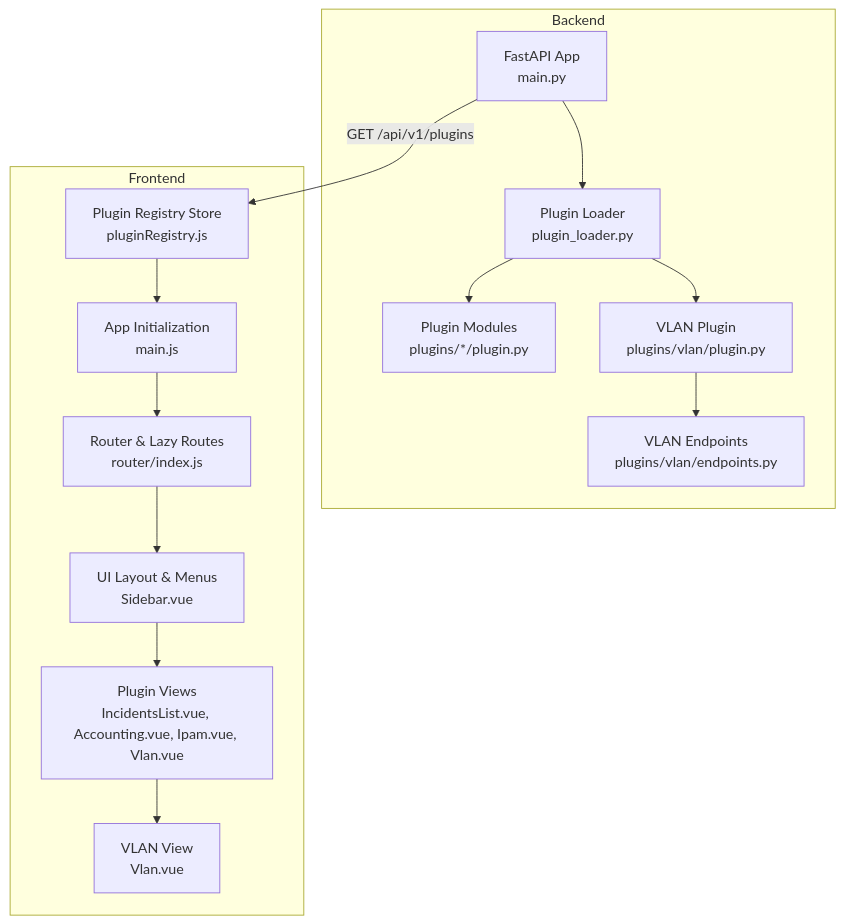
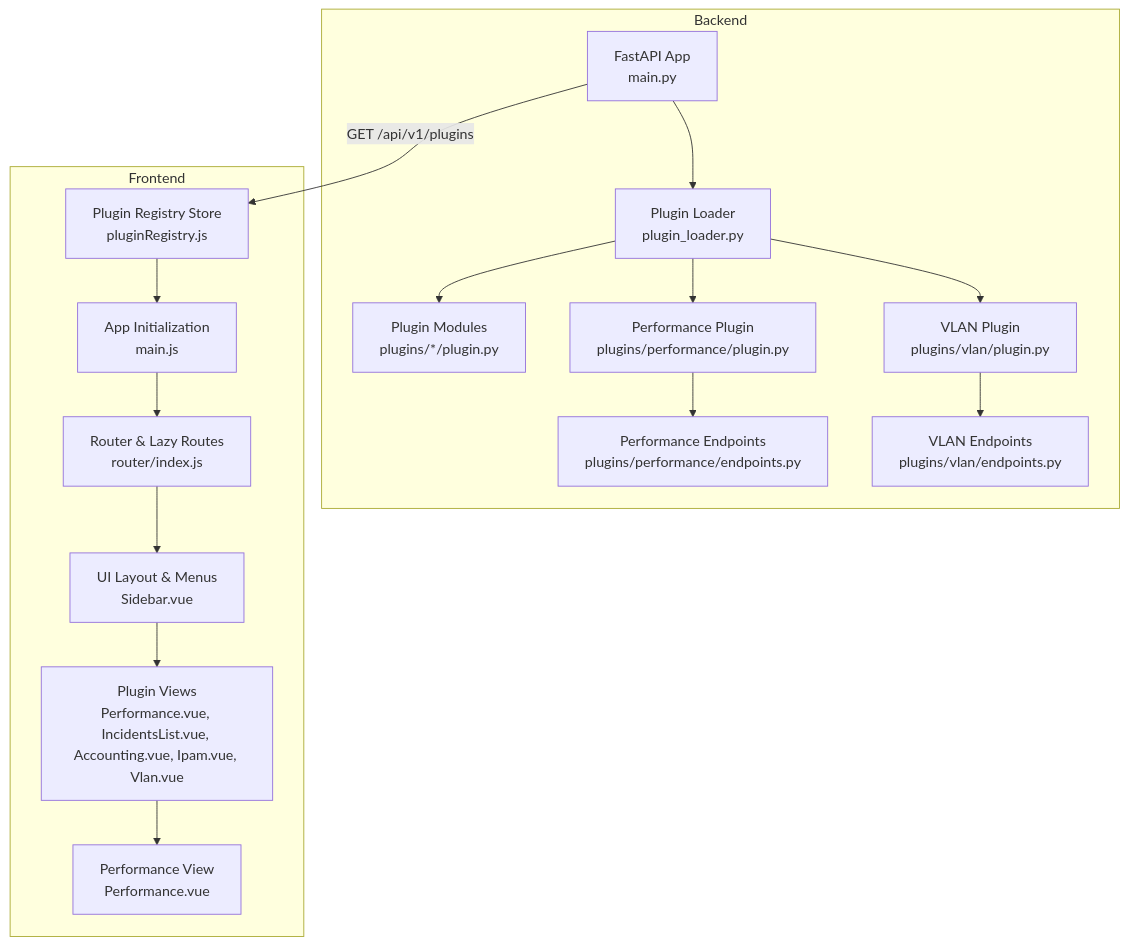
The first of 11 diagrams in .qoder/repowiki/en/content/Plugin System Architecture/Frontend Plugin Integration.md (Nikita5543/New-SSO-02), drawn with Mermaid before and after one commit. The commit also changed other lines of this file and 3 other files, not shown here.

````diff
--- a/.qoder/repowiki/en/content/Plugin System Architecture/Frontend Plugin Integration.md
+++ b/.qoder/repowiki/en/content/Plugin System Architecture/Frontend Plugin Integration.md
@@ -58,28 +61,32 @@
 ```mermaid
 graph TB
 subgraph "Backend"
 A["FastAPI App<br/>main.py"]
 B["Plugin Loader<br/>plugin_loader.py"]
 C["Plugin Modules<br/>plugins/*/plugin.py"]
-D["VLAN Plugin<br/>plugins/vlan/plugin.py"]
-E["VLAN Endpoints<br/>plugins/vlan/endpoints.py"]
+D["Performance Plugin<br/>plugins/performance/plugin.py"]
+E["Performance Endpoints<br/>plugins/performance/endpoints.py"]
+F["VLAN Plugin<br/>plugins/vlan/plugin.py"]
+G["VLAN Endpoints<br/>plugins/vlan/endpoints.py"]
 end
 subgraph "Frontend"
-F["Plugin Registry Store<br/>pluginRegistry.js"]
-G["App Initialization<br/>main.js"]
-H["Router & Lazy Routes<br/>router/index.js"]
-I["UI Layout & Menus<br/>Sidebar.vue"]
-J["Plugin Views<br/>IncidentsList.vue, Accounting.vue, Ipam.vue, Vlan.vue"]
-K["VLAN View<br/>Vlan.vue"]
+H["Plugin Registry Store<br/>pluginRegistry.js"]
+I["App Initialization<br/>main.js"]
+J["Router & Lazy Routes<br/>router/index.js"]
+K["UI Layout & Menus<br/>Sidebar.vue"]
+L["Plugin Views<br/>Performance.vue, IncidentsList.vue, Accounting.vue, Ipam.vue, Vlan.vue"]
+M["Performance View<br/>Performance.vue"]
 end
 A --> B
 B --> C
 B --> D
 D --> E
-A --> |"GET /api/v1/plugins"| F
+B --> F
 F --> G
-G --> H
+A --> |"GET /api/v1/plugins"| H
 H --> I
 I --> J
 J --> K
+K --> L
+L --> M
 ```
````
